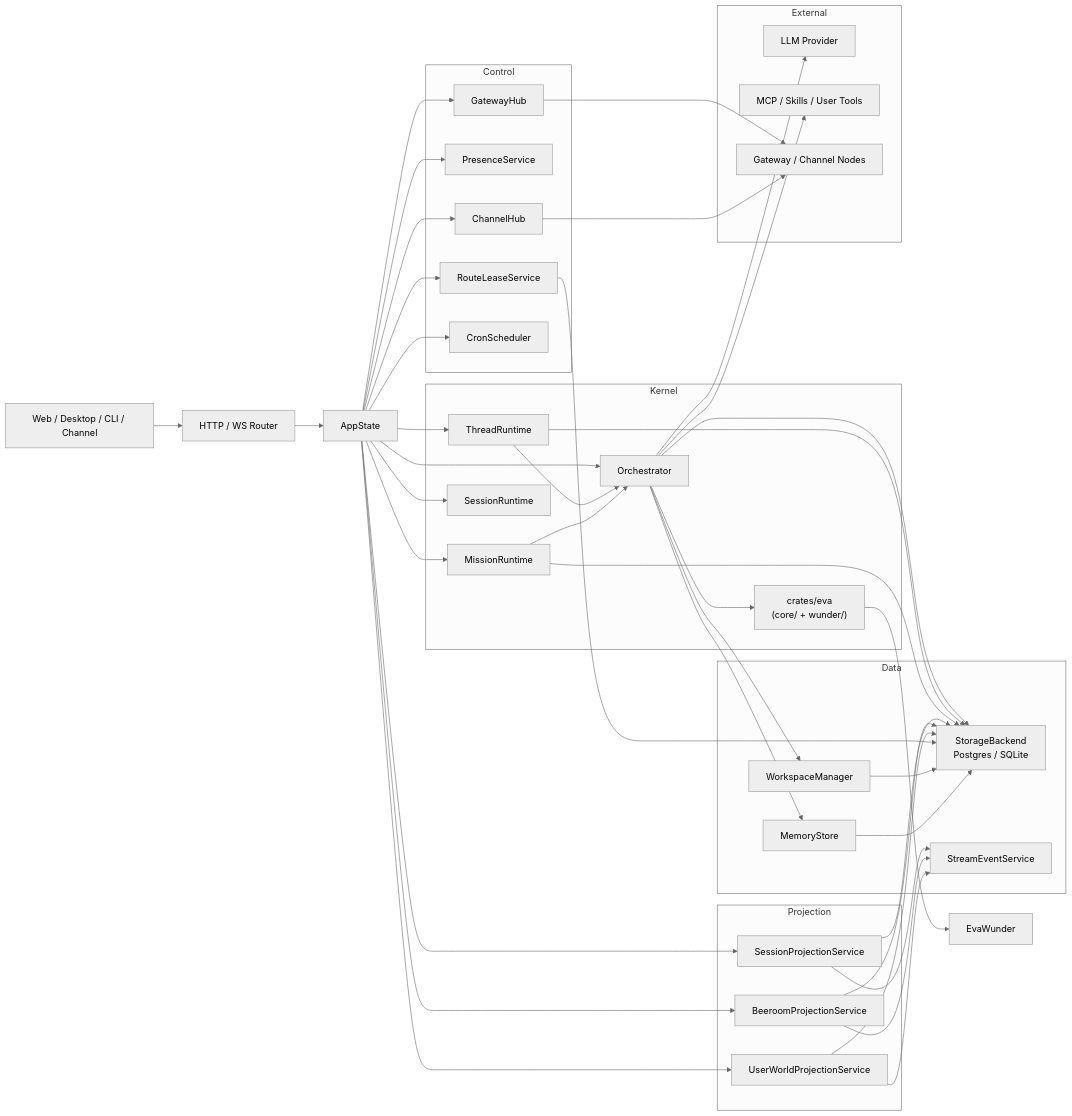
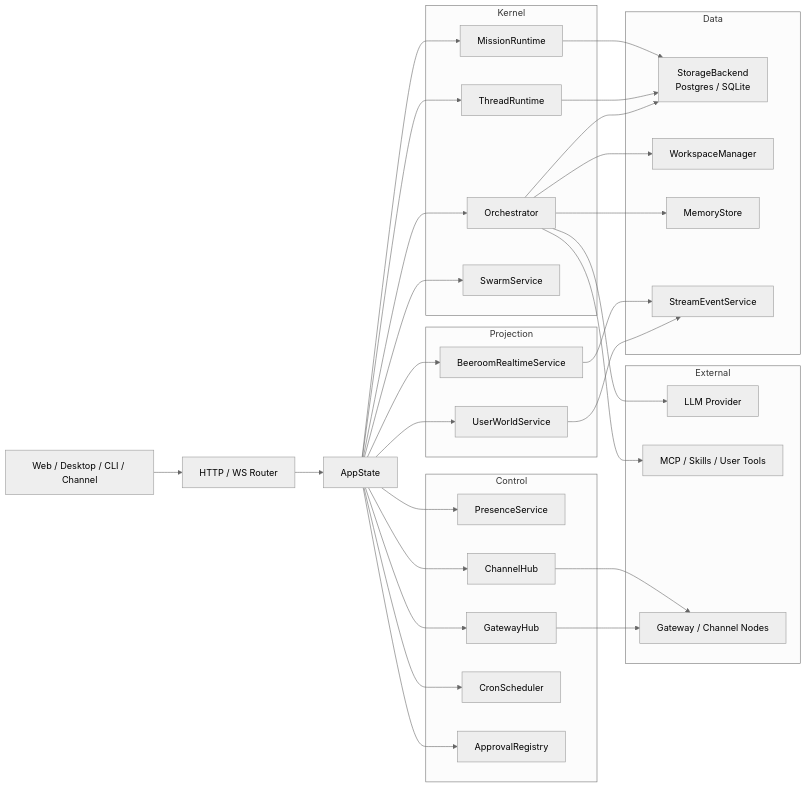
The first of 3 diagrams in docs/设计文档/01-系统总体设计.md (ylsdamxssjxxdd/wunder), drawn with Mermaid (neutral theme) before and after one commit. The commit also changed other lines of this file and 66 other files, not shown here.

````diff
--- a/docs/设计文档/01-系统总体设计.md
+++ b/docs/设计文档/01-系统总体设计.md
@@ -108,79 +94,63 @@
 ```mermaid
 flowchart LR
   Client["Web / Desktop / CLI / Channel"] --> Router["HTTP / WS Router"]
   Router --> State["AppState"]
 
   subgraph Kernel["Kernel"]
-    Thread["ThreadRuntime"]
-    Mission["MissionRuntime"]
     Orch["Orchestrator"]
-    SessionRt["SessionRuntime"]
-    Eva["crates/eva"]
-    Eva["crates/eva\n(core/ + wunder/)"]
+    ThreadRt["ThreadRuntime"]
+    MissionRt["MissionRuntime"]
+    Swarm["SwarmService"]
   end
 
   subgraph Projection["Projection"]
-    SessionProj["SessionProjectionService"]
-    BeeroomProj["BeeroomProjectionService"]
-    UserWorldProj["UserWorldProjectionService"]
+    UserWorld["UserWorldService"]
+    Beeroom["BeeroomRealtimeService"]
   end
 
   subgraph Control["Control"]
-    Lease["RouteLeaseService"]
     Presence["PresenceService"]
     Gateway["GatewayHub"]
     Channels["ChannelHub"]
     Cron["CronScheduler"]
+    Approval["ApprovalRegistry"]
   end
 
   subgraph Data["Data"]
     Storage["StorageBackend<br/>Postgres / SQLite"]
     Workspace["WorkspaceManager"]
     Memory["MemoryStore"]
     Events["StreamEventService"]
   end
 
   subgraph External["External"]
     Model["LLM Provider"]
     Mcp["MCP / Skills / User Tools"]
     Remote["Gateway / Channel Nodes"]
   end
 
-  State --> Thread
-  State --> Mission
   State --> Orch
-  State --> SessionRt
-  State --> SessionProj
-  State --> BeeroomProj
-  State --> UserWorldProj
-  State --> Lease
+  State --> ThreadRt
+  State --> MissionRt
+  State --> Swarm
+  State --> UserWorld
+  State --> Beeroom
   State --> Presence
   State --> Gateway
   State --> Channels
   State --> Cron
-
-  Orch --> Eva
-  Eva --> EvaWunder
-  Thread --> Orch
-  Mission --> Orch
-  SessionProj --> Events
-  BeeroomProj --> Events
-  UserWorldProj --> Events
+  State --> Approval
 
   Orch --> Storage
-  Thread --> Storage
-  Mission --> Storage
-  SessionProj --> Storage
-  BeeroomProj --> Storage
-  UserWorldProj --> Storage
-  Lease --> Storage
-  Workspace --> Storage
-  Memory --> Storage
+  ThreadRt --> Storage
+  MissionRt --> Storage
+  UserWorld --> Events
+  Beeroom --> Events
 
   Orch --> Workspace
   Orch --> Memory
   Orch --> Model
   Orch --> Mcp
   Gateway --> Remote
   Channels --> Remote
 ```
````
